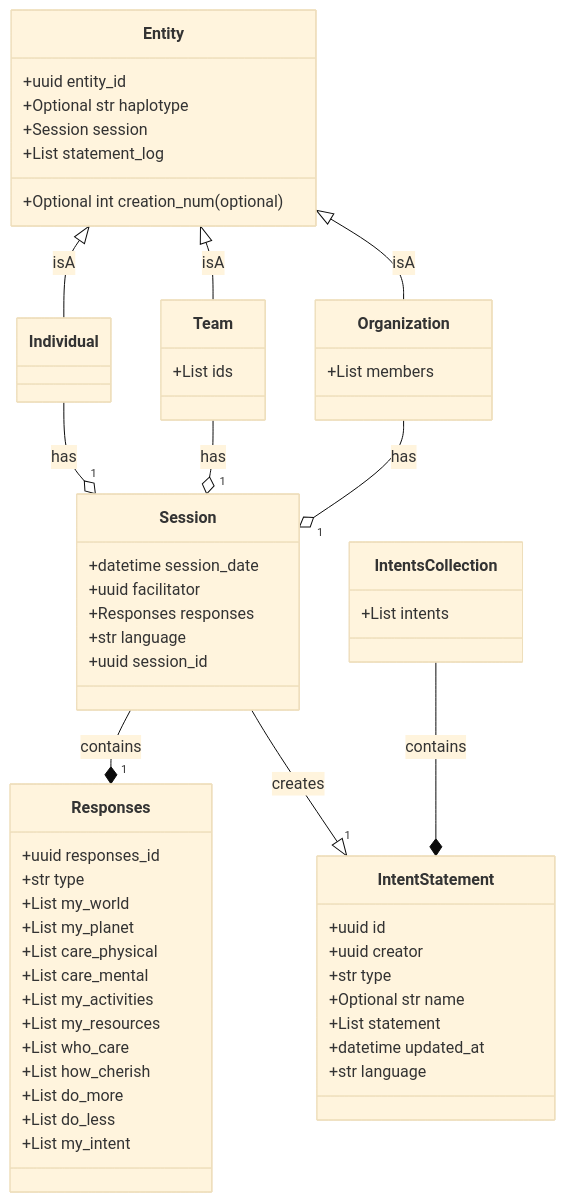
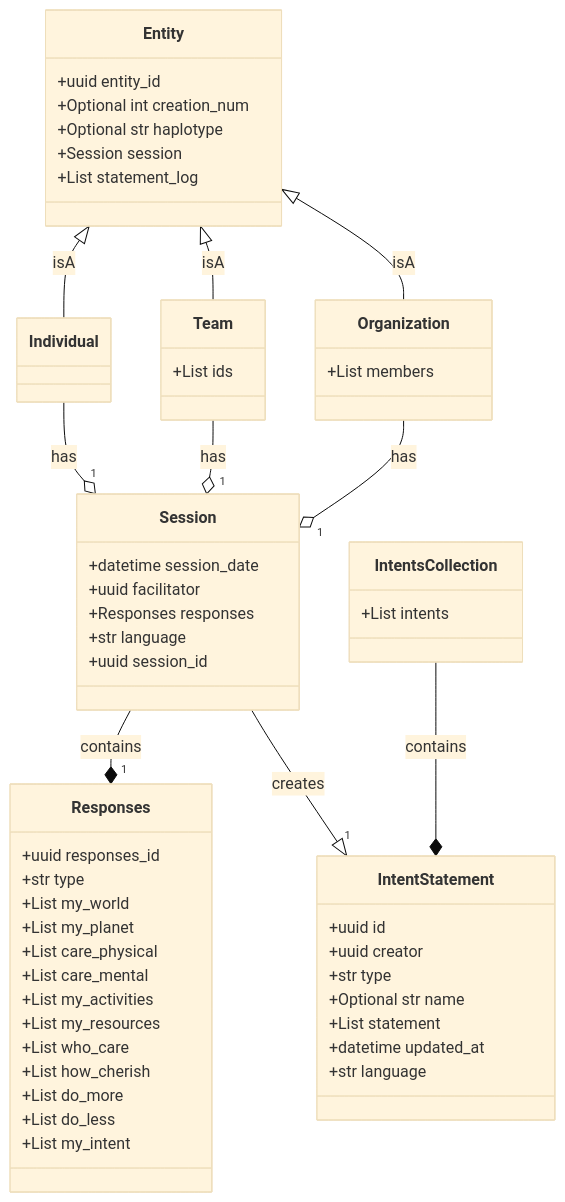
One commit to drew-wks/intent-for-the-planet changed the diagram in docs/data_models_diagram.md. Above: the diagram before and after it, drawn with Mermaid (base theme).

````diff
--- a/docs/data_models_diagram.md
+++ b/docs/data_models_diagram.md
@@ -5,62 +5,62 @@
 ```mermaid
 classDiagram
     class Entity {
         +uuid entity_id
-        +Optional int creation_num (optional)
+        +Optional int creation_num
         +Optional str haplotype
         +Session session
         +List statement_log
     }
     class Individual {
     }
     class Team {
         +List ids
     }
     class Organization {
         +List members
     }
     class Session {
         +datetime session_date
         +uuid facilitator
         +Responses responses
         +str language
         +uuid session_id
     }
     class Responses {
         +uuid responses_id
         +str type
         +List my_world
         +List my_planet
         +List care_physical
         +List care_mental
         +List my_activities
         +List my_resources
         +List who_care
         +List how_cherish
         +List do_more
         +List do_less
         +List my_intent
     }
     class IntentStatement {
         +uuid id
         +uuid creator
         +str type
         +Optional str name
         +List statement
         +datetime updated_at
         +str language
     }
     class IntentsCollection {
         +List intents
     }
     IntentsCollection --* IntentStatement : contains
     Session --* "1" Responses : contains
     Entity <|-- Individual : isA
     Entity <|-- Team : isA
     Entity <|-- Organization : isA
     Session--|> "1" IntentStatement : creates
     Individual --o "1" Session : has
     Team --o "1" Session : has
     Organization --o "1" Session : has
 
 ```
````
